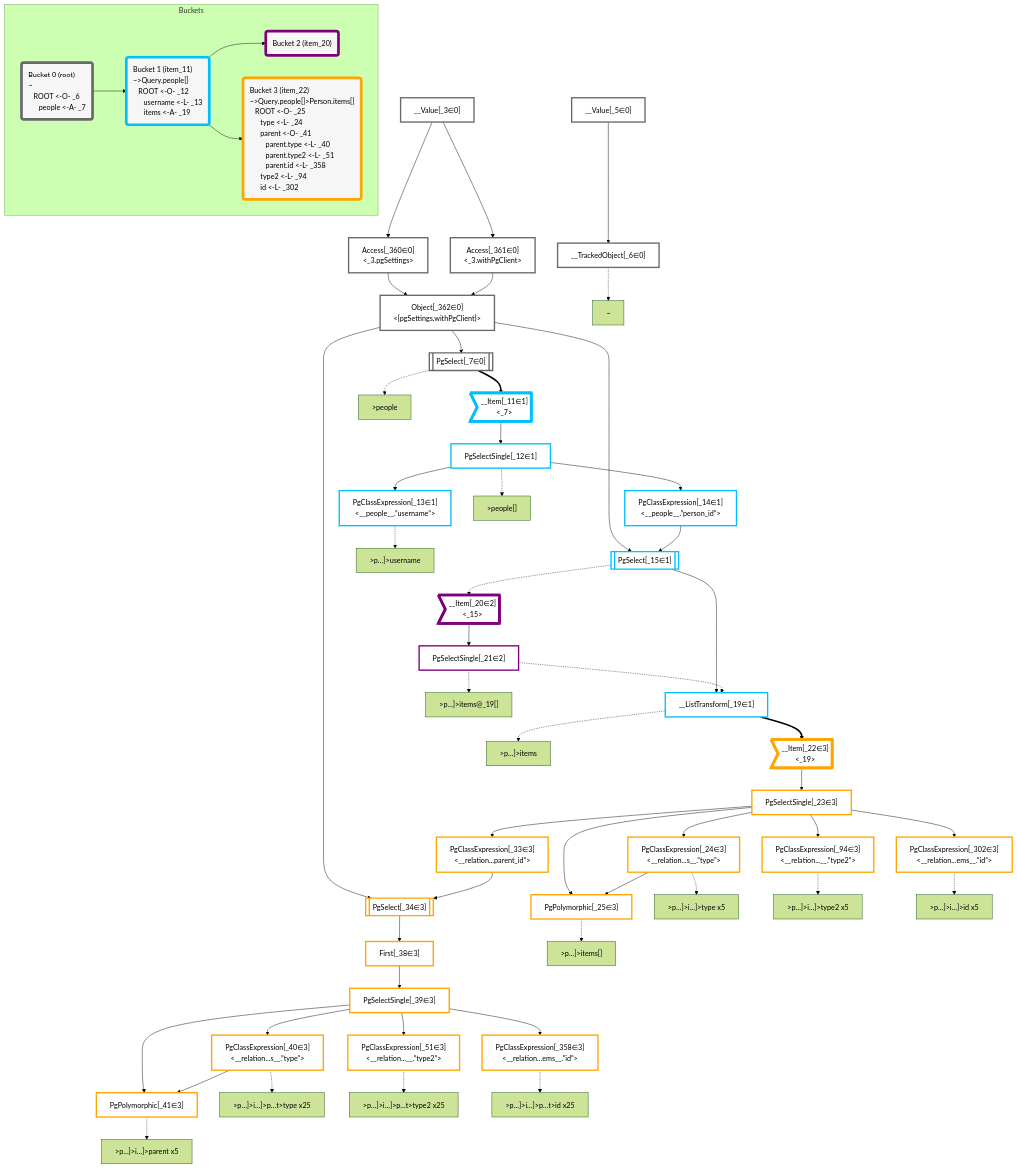
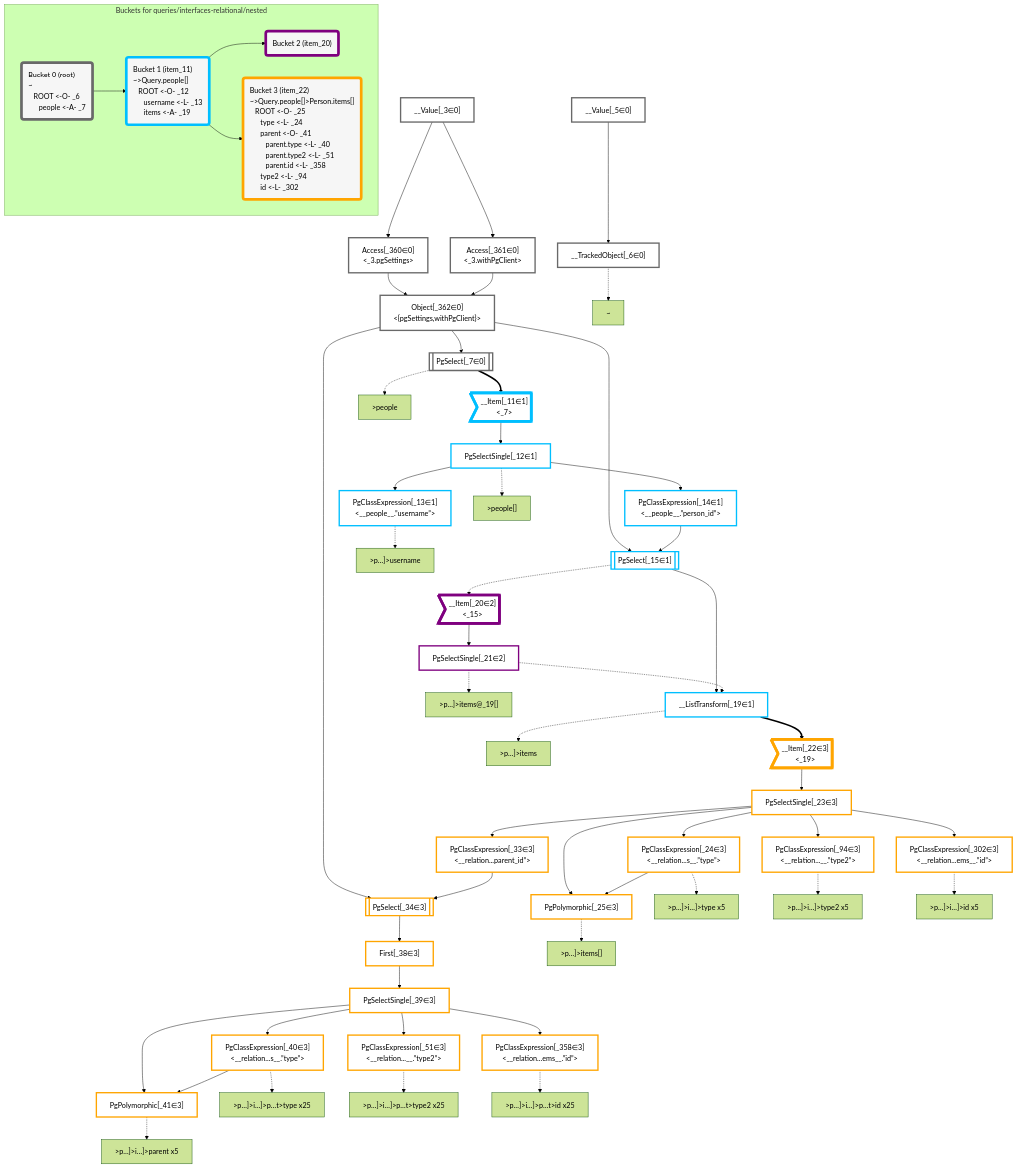
The diagram in packages/dataplan-pg/__tests__/queries/interfaces-relational/nested.deopt.mermaid.md (graphile/crystal), drawn with Mermaid (forest theme) before and after one commit. The commit also changed 195 other files, not shown here.

```diff
--- a/packages/dataplan-pg/__tests__/queries/interfaces-relational/nested.deopt.mermaid.md
+++ b/packages/dataplan-pg/__tests__/queries/interfaces-relational/nested.deopt.mermaid.md
@@ -113,7 +113,7 @@
     classDef bucket3 stroke:#ffa500
     class __Item_22,PgSelectSingle_23,PgClassExpression_24,PgPolymorphic_25,PgClassExpression_33,PgSelect_34,First_38,PgSelectSingle_39,PgClassExpression_40,PgPolymorphic_41,PgClassExpression_51,PgClassExpression_94,PgClassExpression_302,PgClassExpression_358 bucket3
 
-    subgraph Buckets
+    subgraph "Buckets for queries/interfaces-relational/nested"
     Bucket0("Bucket 0 (root)<br />~<br />⠀ROOT <-O- _6<br />⠀⠀people <-A- _7"):::bucket
     style Bucket0 stroke:#696969
     Bucket1("Bucket 1 (item_11)<br />~>Query.people[]<br />⠀ROOT <-O- _12<br />⠀⠀username <-L- _13<br />⠀⠀items <-A- _19"):::bucket
```
